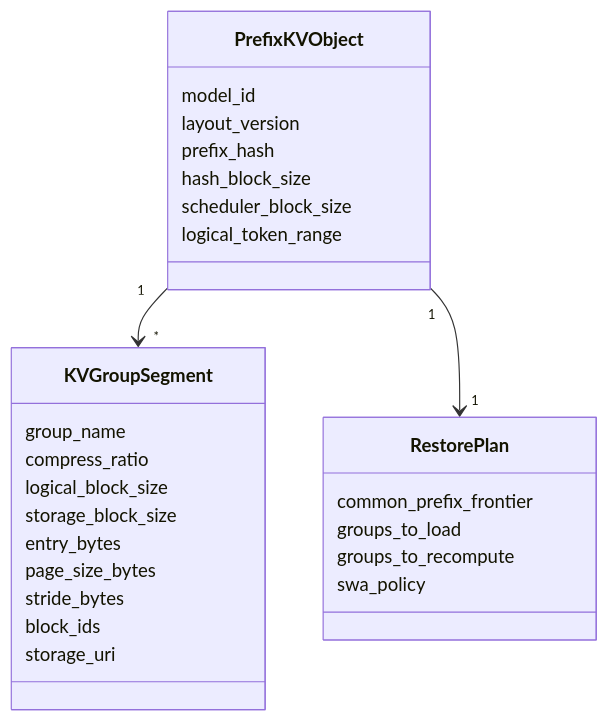
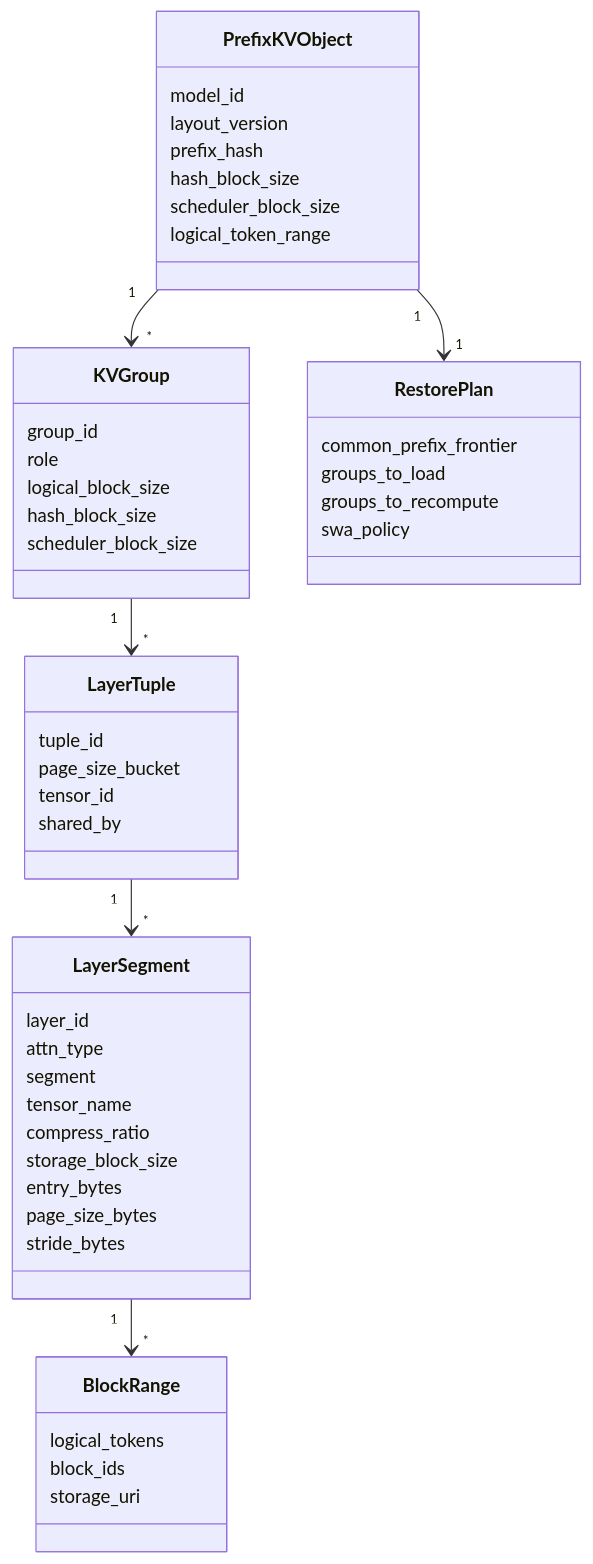
Diagram 14 of 14 in docs/deepseek-v4-vllm-kvcache-prefix-pd-analysis-zh.md (bigboywwn/AI_coding), drawn with Mermaid before and after one commit. The commit also changed other lines of this file, not shown here.

Commit message:
docs: clarify DeepSeek V4 layer-aware KV layout

````diff
--- a/docs/deepseek-v4-vllm-kvcache-prefix-pd-analysis-zh.md
+++ b/docs/deepseek-v4-vllm-kvcache-prefix-pd-analysis-zh.md
@@ -596,33 +767,57 @@
 ```mermaid
 classDiagram
     class PrefixKVObject {
       model_id
       layout_version
       prefix_hash
       hash_block_size
       scheduler_block_size
       logical_token_range
     }
 
-    class KVGroupSegment {
-      group_name
+    class KVGroup {
+      group_id
+      role
+      logical_block_size
+      hash_block_size
+      scheduler_block_size
+    }
+
+    class LayerTuple {
+      tuple_id
+      page_size_bucket
+      tensor_id
+      shared_by
+    }
+
+    class LayerSegment {
+      layer_id
+      attn_type
+      segment
+      tensor_name
       compress_ratio
-      logical_block_size
       storage_block_size
       entry_bytes
       page_size_bytes
       stride_bytes
+    }
+
+    class BlockRange {
+      logical_tokens
       block_ids
       storage_uri
     }
 
     class RestorePlan {
       common_prefix_frontier
       groups_to_load
       groups_to_recompute
       swa_policy
     }
 
-    PrefixKVObject "1" --> "*" KVGroupSegment
+    PrefixKVObject "1" --> "*" KVGroup
+    KVGroup "1" --> "*" LayerTuple
+    LayerTuple "1" --> "*" LayerSegment
+    LayerSegment "1" --> "*" BlockRange
     PrefixKVObject "1" --> "1" RestorePlan
 ```
````
